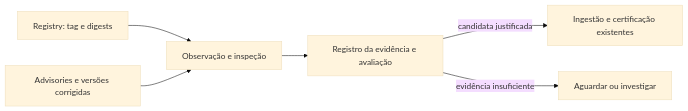
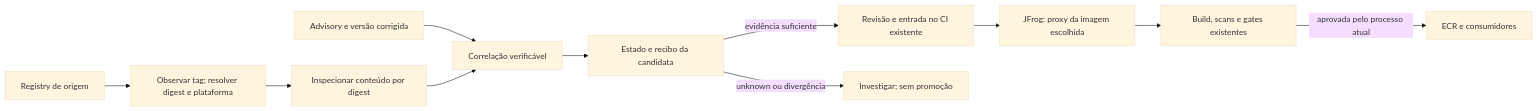
One commit to DavidFaustino/ssdlc-baseimage-hub changed the second of 2 diagrams in docs/ARCHITECTURE.md. Above: the diagram before and after it, drawn with Mermaid (base theme). The commit also changed other lines of this file and 6 other files, not shown here.

Commit message:
docs: align architecture results and workflows with evidence

````diff
--- a/docs/ARCHITECTURE.md
+++ b/docs/ARCHITECTURE.md
@@ -22,8 +46,13 @@
 ```mermaid
 flowchart LR
-  R[Registry: tag e digests] --> O[Observação e inspeção]
-  F[Advisories e versões corrigidas] --> O
-  O --> D[Registro da evidência e avaliação]
-  D -->|candidata justificada| C[Ingestão e certificação existentes]
-  D -->|evidência insuficiente| X[Aguardar ou investigar]
+  R[Registry de origem] --> O[Observar tag; resolver digest e plataforma]
+  F[Advisory e versão corrigida] --> C[Correlação verificável]
+  O --> I[Inspecionar conteúdo por digest]
+  I --> C
+  C --> S[Estado e recibo da candidata]
+  S -->|evidência suficiente| H[Revisão e entrada no CI existente]
+  S -->|unknown ou divergência| B[Investigar; sem promoção]
+  H --> J[JFrog: proxy da imagem escolhida]
+  J --> G[Build, scans e gates existentes]
+  G -->|aprovada pelo processo atual| E[ECR e consumidores]
 ```
````
